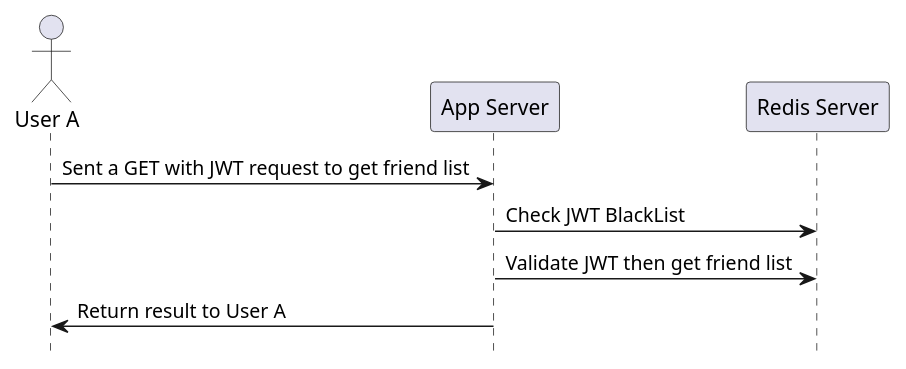
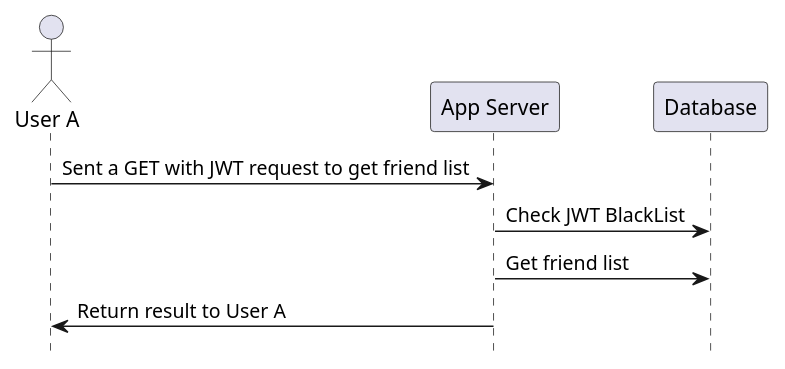
Before and after one commit to truongnh28/pchat: the diagram in docs/View-friend-list.puml, drawn with PlantUML. The commit also changed 40 other files, not shown here.

```diff
--- a/docs/View-friend-list.puml
+++ b/docs/View-friend-list.puml
@@ -1,11 +1,11 @@
 @startuml
 hide footbox
 
 actor "User A"
 
 "User A" -> "App Server": Sent a GET with JWT request to get friend list
-"App Server" -> "Redis Server": Check JWT BlackList
-"App Server" -> "Redis Server": Validate JWT then get friend list
+"App Server" -> "Database": Check JWT BlackList
+"App Server" -> "Database": Get friend list
 "App Server" -> "User A": Return result to User A
 
 @enduml
```
